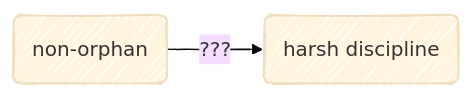
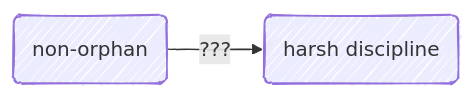
One commit to agrogan1/closeread changed the diagram in orphan/diagrams.md. Above: the diagram before and after it, drawn with Mermaid.

````diff
--- a/orphan/diagrams.md
+++ b/orphan/diagrams.md
@@ -1,9 +1,9 @@
 ```mermaid
 ---
 config:
   look: handDrawn
-  theme: base
+  theme: mc
 ---
 flowchart LR
   nonorphan(non-orphan) --> |"???"| harshdiscipline(harsh discipline)
 ```
````
